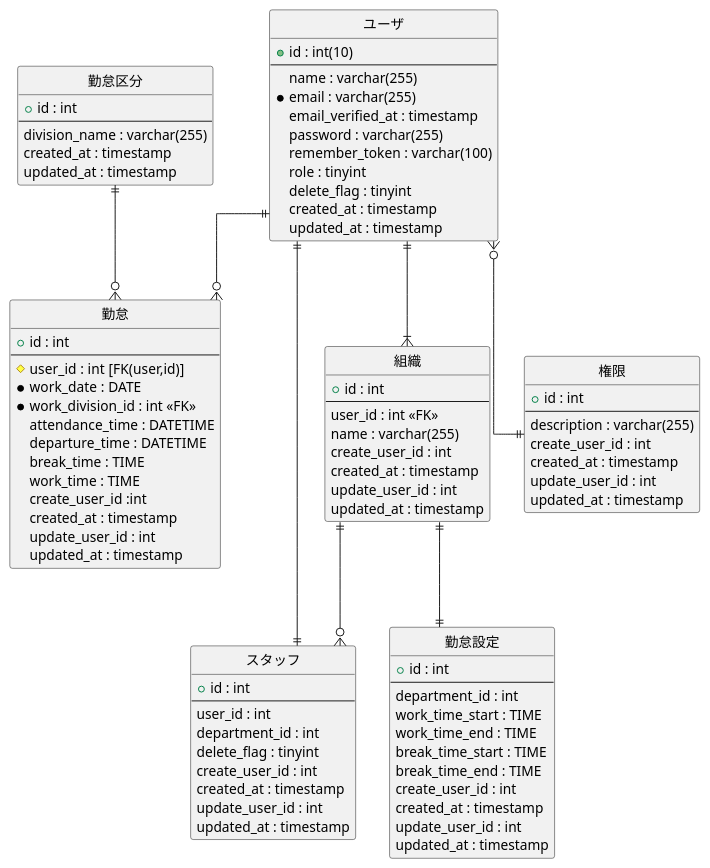
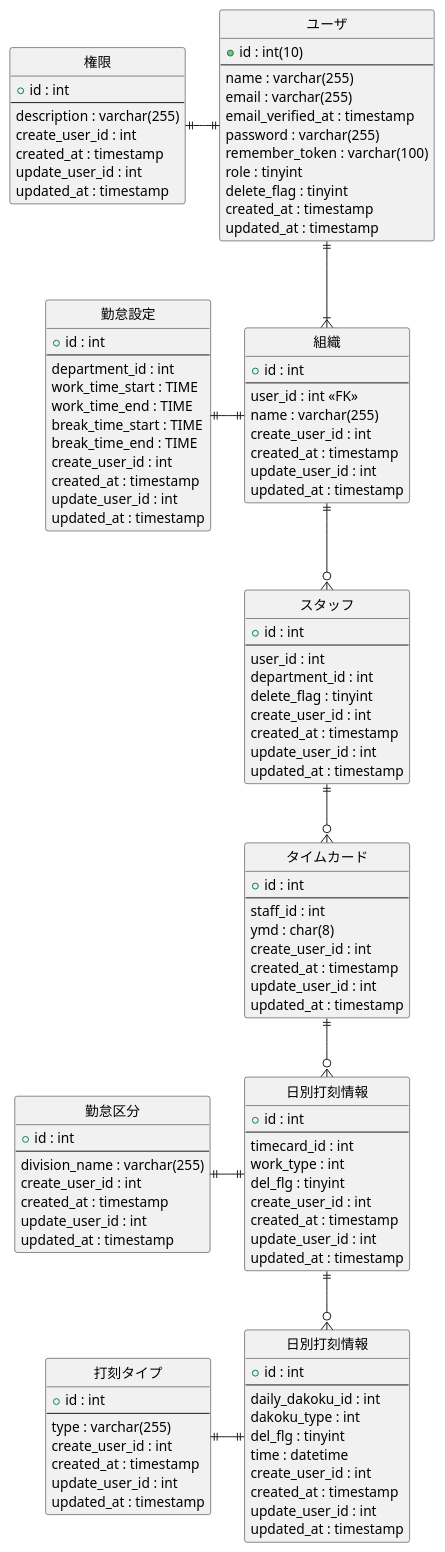
Before and after one commit to Nke0628/work-app: the diagram in uml/DB設計/ER図.puml, drawn with PlantUML. The commit also changed 22 other files, not shown here.

```diff
--- a/uml/DB設計/ER図.puml
+++ b/uml/DB設計/ER図.puml
@@ -1,98 +1,131 @@
 @startuml
 hide circle
 skinparam linetype ortho
 
 entity "ユーザ" as user {
   +id : int(10)
   --
   name : varchar(255)
-  *email : varchar(255)
+  email : varchar(255)
   email_verified_at : timestamp
   password : varchar(255)
   remember_token : varchar(100)
   role : tinyint
   delete_flag : tinyint
   created_at : timestamp
-  updated_at : timestamp
-}
-
-entity "勤怠" as attendance {
-  +id : int
-  --
-  #user_id : int [FK(user,id)]
-  *work_date : DATE
-  *work_division_id : int <<FK>>
-  attendance_time : DATETIME
-  departure_time : DATETIME
-  break_time : TIME
-  work_time : TIME
-  create_user_id :int
-  created_at : timestamp
-  update_user_id : int
   updated_at : timestamp
 }
 
 entity "勤怠設定" as attendance_property {
     +id : int
     --
     department_id : int
     work_time_start : TIME
     work_time_end : TIME
     break_time_start : TIME
     break_time_end : TIME
     create_user_id : int
     created_at : timestamp
     update_user_id : int
     updated_at : timestamp
 }
 
 entity "勤怠区分" as work_division {
   +id : int
   --
   division_name : varchar(255)
+  create_user_id : int
   created_at : timestamp
+  update_user_id : int
+  updated_at : timestamp
+}
+
+entity "打刻タイプ" as dakoku_type {
+  +id : int
+  --
+  type : varchar(255)
+  create_user_id : int
+  created_at : timestamp
+  update_user_id : int
   updated_at : timestamp
 }
 
 entity "スタッフ" as staff {
   +id : int
   --
   user_id : int
   department_id : int
   delete_flag : tinyint
   create_user_id : int
   created_at : timestamp
   update_user_id : int
   updated_at : timestamp
 }
 
-entity "組織" as department {
+entity "組織" as departments {
   +id : int
   --
   user_id : int <<FK>>
   name : varchar(255)
   create_user_id : int
   created_at : timestamp
   update_user_id : int
   updated_at : timestamp
 }
 
 entity "権限" as role {
   +id : int
   --
   description : varchar(255)
   create_user_id : int
   created_at : timestamp
   update_user_id : int
   updated_at : timestamp
 }
 
-user||--o{attendance
-user||--||staff
-user||--|{department
-user }o--||role
-department||--o{staff
-department||--||attendance_property
-work_division||--o{attendance
+entity "タイムカード" as timecards {
+  +id : int
+  --
+  staff_id : int
+  ymd : char(8)
+  create_user_id : int
+  created_at : timestamp
+  update_user_id : int
+  updated_at : timestamp
+}
 
+entity "日別打刻情報" as daily_dakoku {
+  +id : int
+  --
+  timecard_id : int
+  work_type : int
+  del_flg : tinyint
+  create_user_id : int
+  created_at : timestamp
+  update_user_id : int
+  updated_at : timestamp
+}
+
+entity "日別打刻情報" as dakoku_time {
+  +id : int
+  --
+  daily_dakoku_id : int
+  dakoku_type : int
+  del_flg : tinyint
+  time : datetime
+  create_user_id : int
+  created_at : timestamp
+  update_user_id : int
+  updated_at : timestamp
+}
+
+user||--|{departments
+user ||-l-||role
+departments ||--o{ staff
+departments ||-l-||attendance_property
+staff||--o{timecards
+timecards ||--o{daily_dakoku
+daily_dakoku ||-l-|| work_division
+daily_dakoku ||--o{ dakoku_time
+dakoku_time ||-l-|| dakoku_type
 @enduml
```
